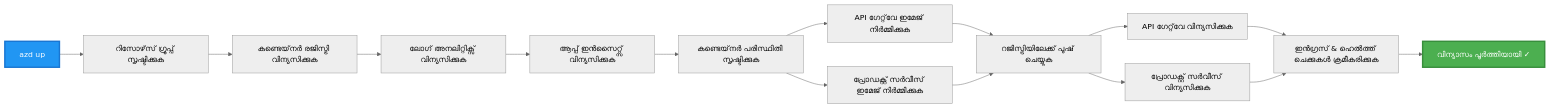
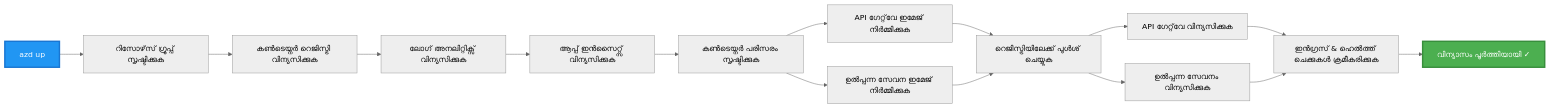
Before and after one commit to microsoft/AZD-for-beginners: the third of 4 diagrams in translations/ml/examples/microservices/README.md, drawn with Mermaid (neutral theme). The commit also changed other lines of this file and 470 other files, not shown here.

````diff
--- a/translations/ml/examples/microservices/README.md
+++ b/translations/ml/examples/microservices/README.md
@@ -242,20 +233,20 @@
 ```mermaid
 graph LR
     A[azd up] --> B[റിസോഴ്‌സ് ഗ്രൂപ്പ് സൃഷ്ടിക്കുക]
-    B --> C[കണ്ടെയ്‌നർ രജിസ്ട്രി വിന്യസിക്കുക]
+    B --> C[കൺടെയ്നർ റെജിസ്ട്രി വിന്യസിക്കുക]
     C --> D[ലോഗ് അനലിറ്റിക്സ് വിന്യസിക്കുക]
     D --> E[ആപ്പ് ഇൻസൈറ്റ്സ് വിന്യസിക്കുക]
-    E --> F[കണ്ടെയ്‌നർ പരിസ്ഥിതി സൃഷ്ടിക്കുക]
+    E --> F[കൺടെയ്നർ പരിസരം സൃഷ്ടിക്കുക]
     F --> G[API ഗേറ്റ്‌വേ ഇമേജ് നിർമ്മിക്കുക]
-    F --> H[പ്രോഡക്റ്റ് സർവീസ് ഇമേജ് നിർമ്മിക്കുക]
-    G --> I[റജിസ്ട്രിയിലേക്ക് പുഷ് ചെയ്യുക]
+    F --> H[ഉൽപ്പന്ന സേവന ഇമേജ് നിർമ്മിക്കുക]
+    G --> I[റെജിസ്ട്രിയിലേക്ക് പുള്‍ശ് ചെയ്യുക]
     H --> I
     I --> J[API ഗേറ്റ്‌വേ വിന്യസിക്കുക]
-    I --> K[പ്രോഡക്റ്റ് സർവീസ് വിന്യസിക്കുക]
+    I --> K[ഉൽപ്പന്ന സേവനം വിന്യസിക്കുക]
     J --> L[ഇൻഗ്രസ് & ഹെൽത്ത് ചെക്കുകൾ ക്രമീകരിക്കുക]
     K --> L
     L --> M[വിന്യാസം പൂർത്തിയായി ✓]
     
     style A fill:#2196F3,stroke:#1976D2,stroke-width:3px,color:#fff
     style M fill:#4CAF50,stroke:#388E3C,stroke-width:3px,color:#fff
 ```
````
